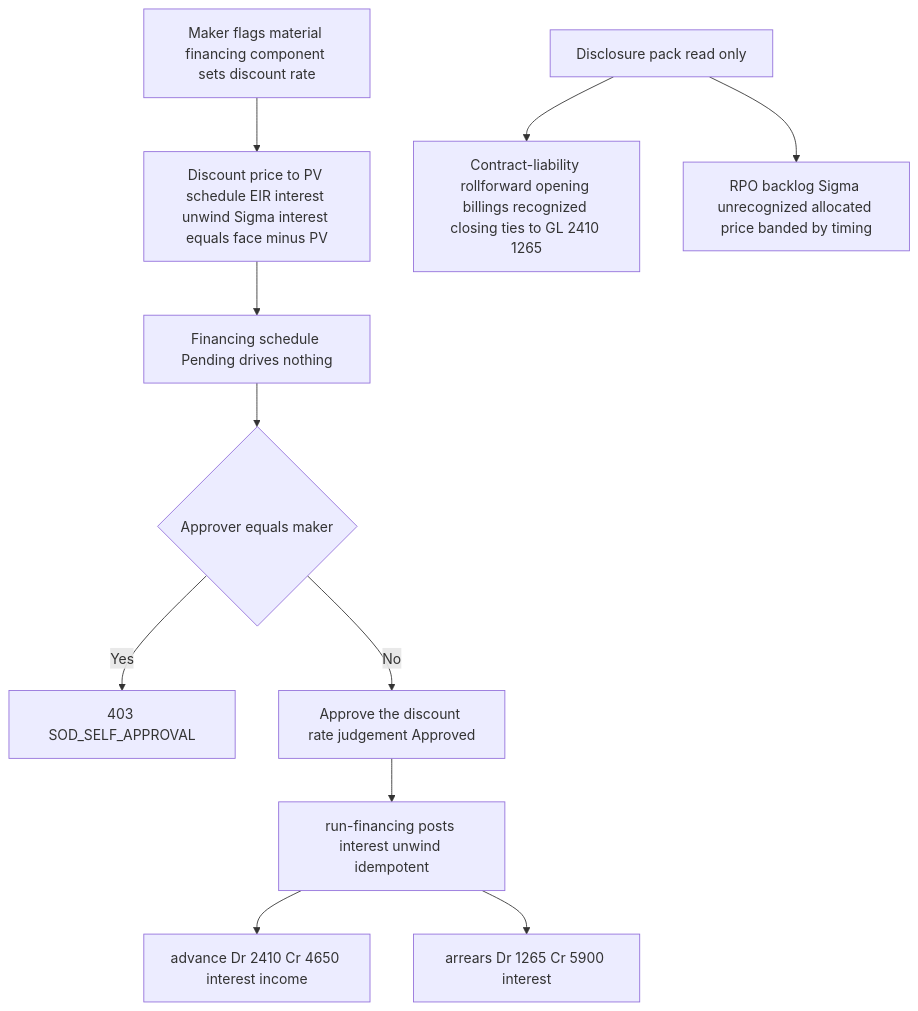
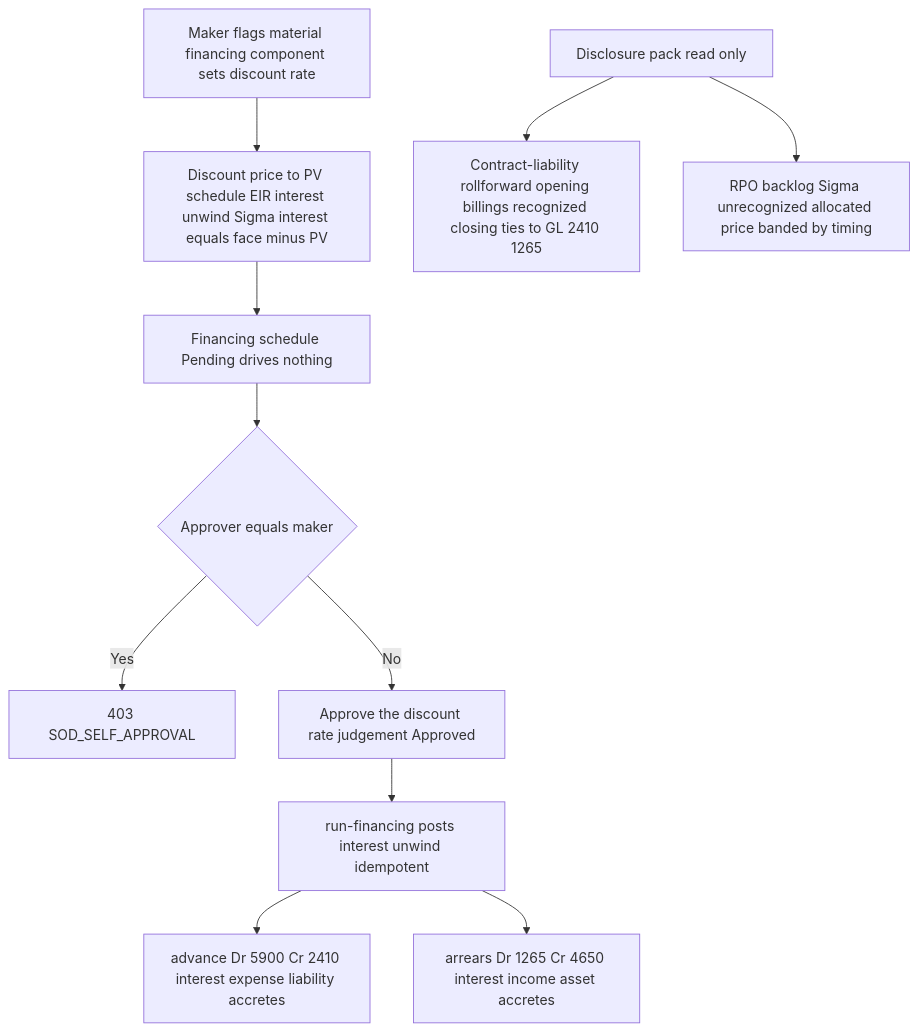
Before and after one commit to wayla69/invisibleERP: the fourth of 5 diagrams in docs/process-narratives/12-revenue-recognition-billing.md, drawn with Mermaid. The commit also changed other lines of this file and 11 other files, not shown here.

First line of the commit message:
fix(revenue): correct REV-27 financing-component sign convention to TFRS 15 §60-65 (advance→interest expense/liability accretes; arrears→interest income/asset accretes)

````diff
--- a/docs/process-narratives/12-revenue-recognition-billing.md
+++ b/docs/process-narratives/12-revenue-recognition-billing.md
@@ -225,13 +225,13 @@
 ```mermaid
 flowchart TD
     A[Maker flags material financing component sets discount rate] --> B[Discount price to PV schedule EIR interest unwind Sigma interest equals face minus PV]
     B --> C[Financing schedule Pending drives nothing]
     C --> D{Approver equals maker}
     D -- Yes --> E[403 SOD_SELF_APPROVAL]
     D -- No --> F[Approve the discount rate judgement Approved]
     F --> G[run-financing posts interest unwind idempotent]
-    G --> H[advance Dr 2410 Cr 4650 interest income]
-    G --> I[arrears Dr 1265 Cr 5900 interest]
+    G --> H[advance Dr 5900 Cr 2410 interest expense liability accretes]
+    G --> I[arrears Dr 1265 Cr 4650 interest income asset accretes]
     J[Disclosure pack read only] --> K[Contract-liability rollforward opening billings recognized closing ties to GL 2410 1265]
     J --> L[RPO backlog Sigma unrecognized allocated price banded by timing]
 ```
````
